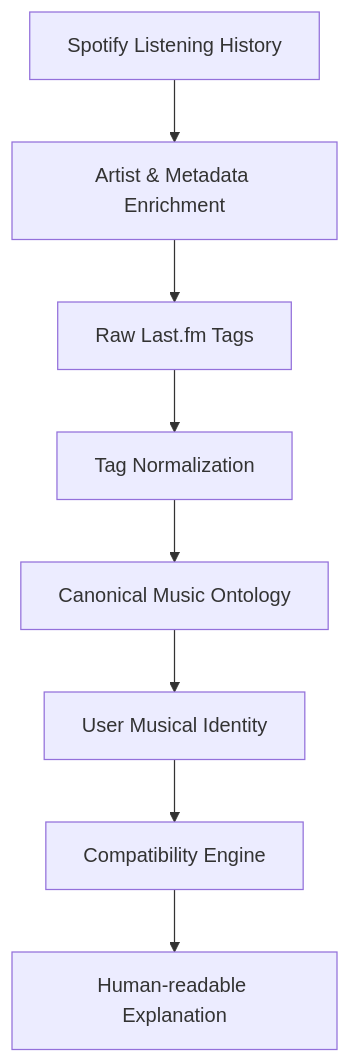
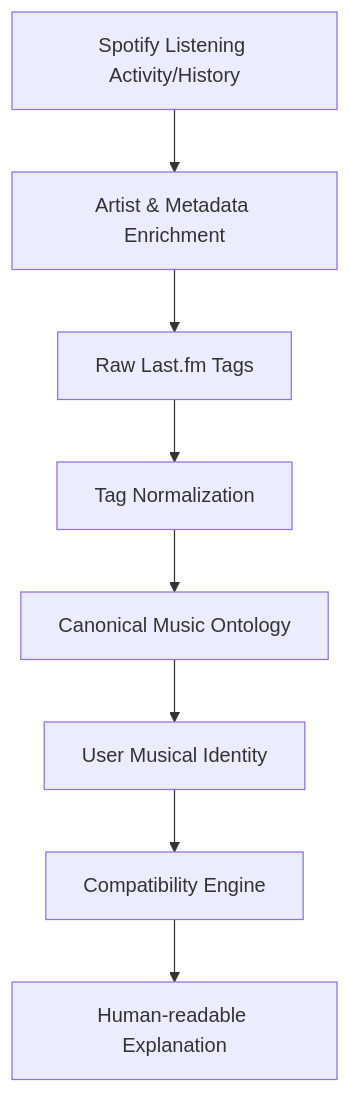
Before and after one commit to SynshAmi/Sonique: the diagram in README.md, drawn with Mermaid. The commit also changed other lines of this file, not shown here.

````diff
--- a/README.md
+++ b/README.md
@@ -13,10 +31,10 @@
 ```mermaid
 graph TD
-    A[Spotify Listening History] --> B[Artist & Metadata Enrichment]
+    A[Spotify Listening Activity/History] --> B[Artist & Metadata Enrichment]
     B --> C[Raw Last.fm Tags]
     C --> D[Tag Normalization]
     D --> E[Canonical Music Ontology]
     E --> F[User Musical Identity]
     F --> G[Compatibility Engine]
     G --> H[Human-readable Explanation]
 ```
````
